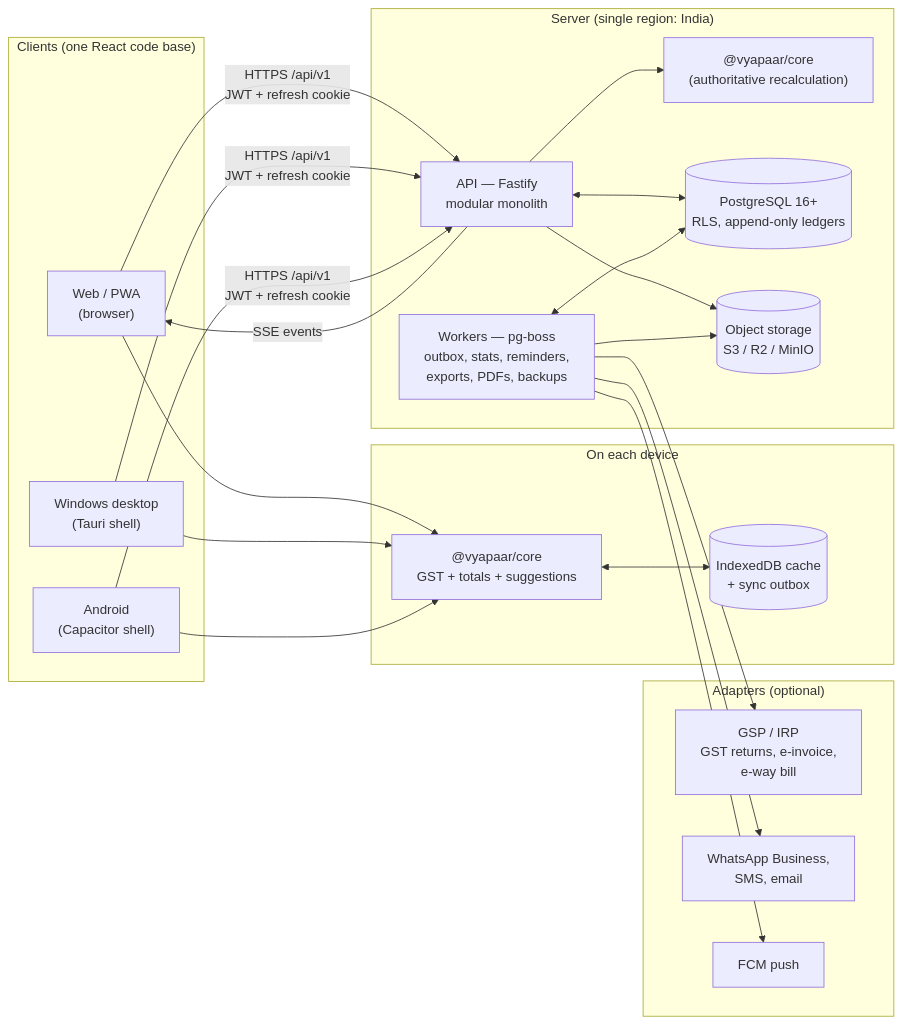
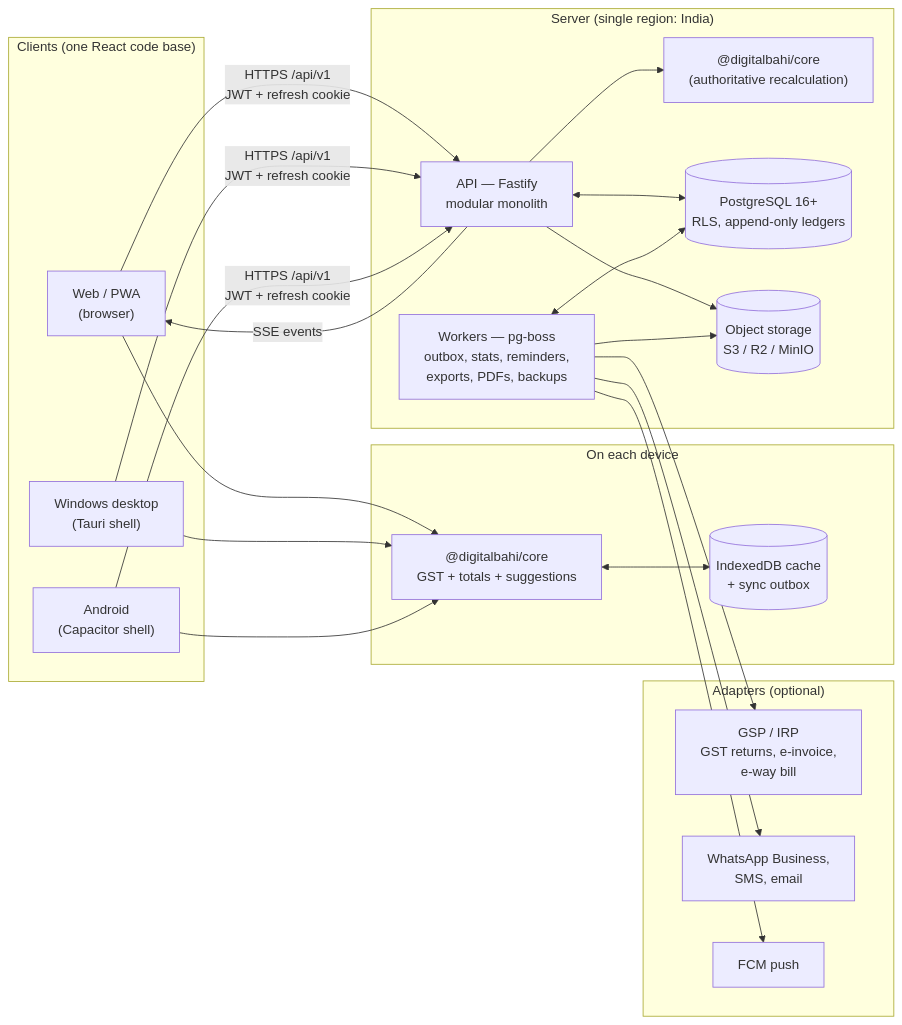
The first of 3 diagrams in docs/01-architecture.md (shailendrasahug010/BillingSystem), drawn with Mermaid before and after one commit. The commit also changed other lines of this file and 207 other files, not shown here.

First line of the commit message:
Rename the code name from vyapaar to digitalbahi

````diff
--- a/docs/01-architecture.md
+++ b/docs/01-architecture.md
@@ -32,38 +32,38 @@
 ```mermaid
 flowchart LR
   subgraph Clients["Clients (one React code base)"]
     WEB["Web / PWA<br/>(browser)"]
     WIN["Windows desktop<br/>(Tauri shell)"]
     AND["Android<br/>(Capacitor shell)"]
   end
 
   subgraph Device["On each device"]
-    CORE1["@vyapaar/core<br/>GST + totals + suggestions"]
+    CORE1["@digitalbahi/core<br/>GST + totals + suggestions"]
     IDB[("IndexedDB cache<br/>+ sync outbox")]
   end
 
   subgraph Server["Server (single region: India)"]
     API["API — Fastify<br/>modular monolith"]
-    CORE2["@vyapaar/core<br/>(authoritative recalculation)"]
+    CORE2["@digitalbahi/core<br/>(authoritative recalculation)"]
     JOBS["Workers — pg-boss<br/>outbox, stats, reminders,<br/>exports, PDFs, backups"]
     PG[("PostgreSQL 16+<br/>RLS, append-only ledgers")]
     OBJ[("Object storage<br/>S3 / R2 / MinIO")]
   end
 
   subgraph External["Adapters (optional)"]
     GSP["GSP / IRP<br/>GST returns, e-invoice,<br/>e-way bill"]
     MSG["WhatsApp Business,<br/>SMS, email"]
     PUSH["FCM push"]
   end
 
   WEB & WIN & AND --> CORE1
   CORE1 <--> IDB
   WEB & WIN & AND -- "HTTPS /api/v1<br/>JWT + refresh cookie" --> API
   API --> CORE2
   API <--> PG
   JOBS <--> PG
   API --> OBJ
   JOBS --> OBJ
   JOBS --> GSP & MSG & PUSH
   API -- "SSE events" --> WEB
 ```
````
